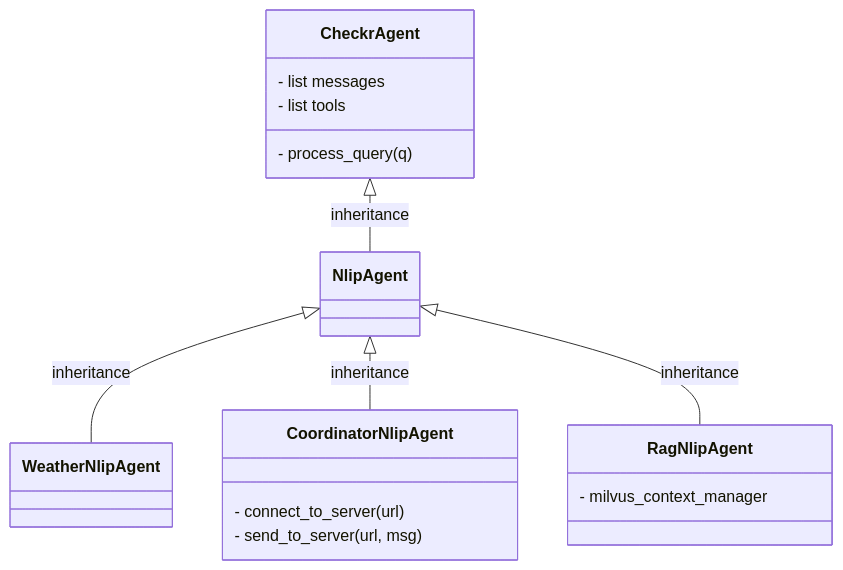
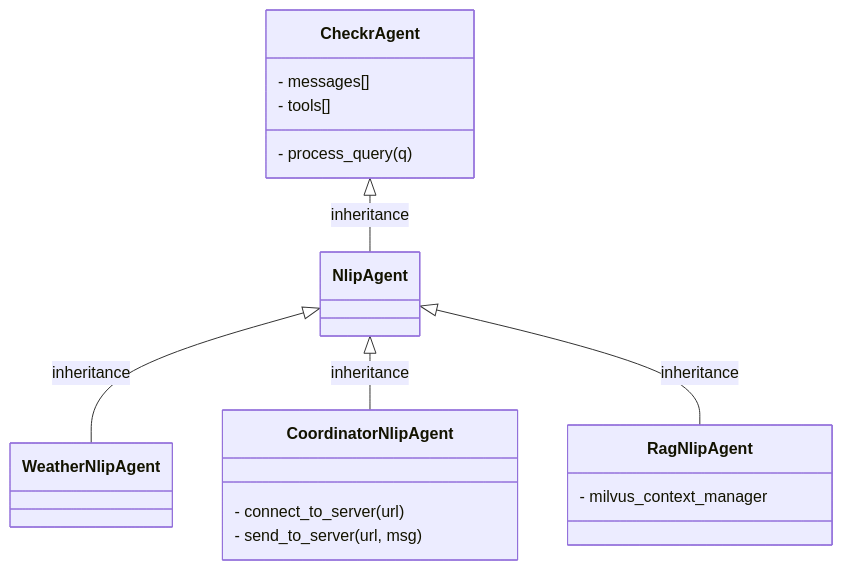
One commit to sheffler/checkr-agents changed the diagram in checkr_agents/agents/README.md. Above: the diagram before and after it, drawn with Mermaid.

````diff
--- a/checkr_agents/agents/README.md
+++ b/checkr_agents/agents/README.md
@@ -3,30 +3,30 @@
 ``` mermaid
 
 classDiagram
     class CheckrAgent {
-	  - list messages
-	  - list tools
+	  - messages[]
+	  - tools[]
 
 	  - process_query(q)
 	}
 	
 	class NlipAgent {
 	}
 
 	class WeatherNlipAgent {
 	}
 
 	class CoordinatorNlipAgent {
 	  - connect_to_server(url)
 	  - send_to_server(url, msg)
 	}
 
 	class RagNlipAgent {
 	  - milvus_context_manager
 	}
 	
 	CheckrAgent <|-- NlipAgent : inheritance
 	NlipAgent <|-- WeatherNlipAgent : inheritance
 	NlipAgent <|-- CoordinatorNlipAgent : inheritance
 	NlipAgent <|-- RagNlipAgent : inheritance
 ```
````
